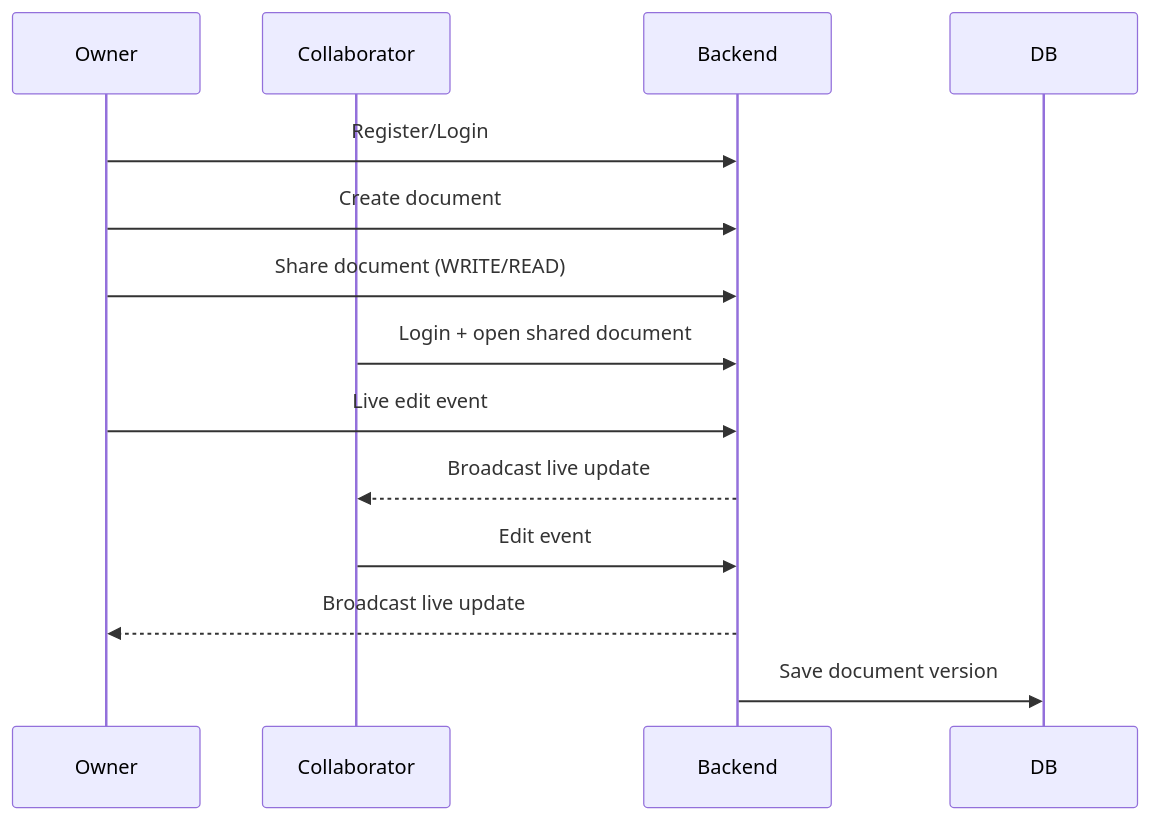
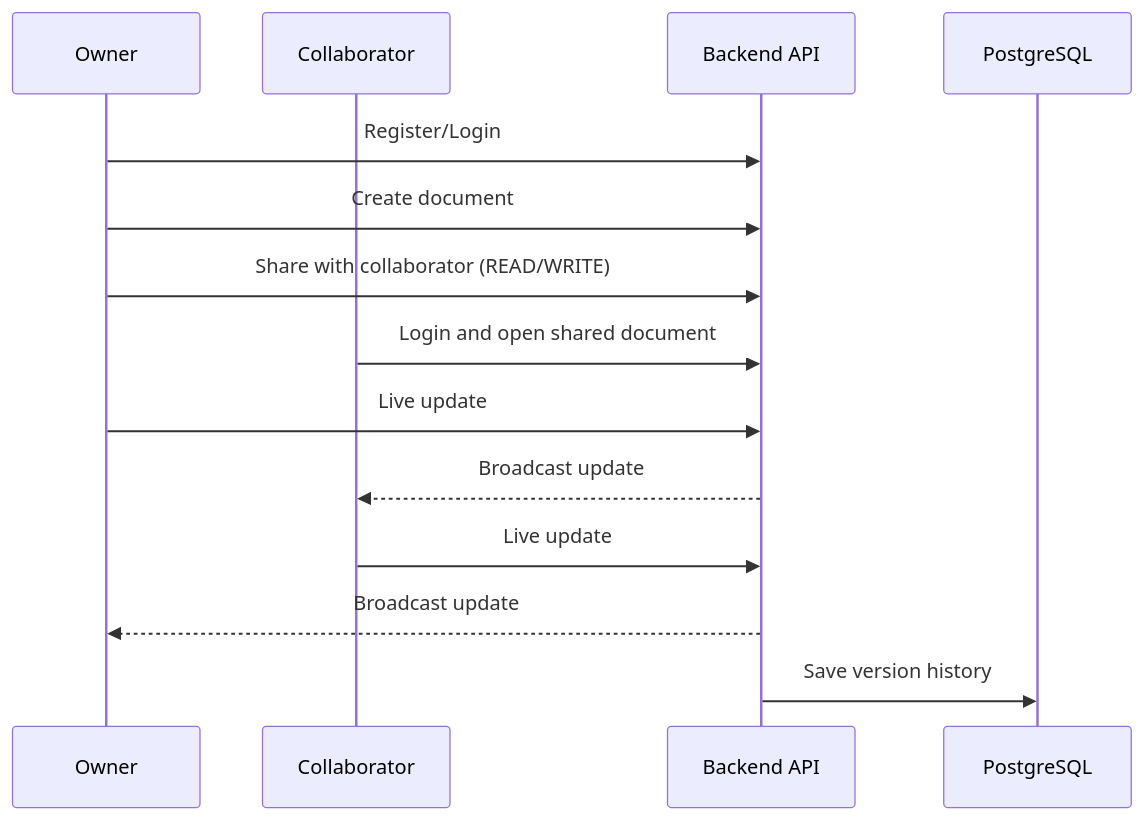
One commit to devsuthar-ai-ml/real-time-collaboration-platform changed the first of 2 diagrams in README.md. Above: the diagram before and after it, drawn with Mermaid. The commit also changed other lines of this file, not shown here.

````diff
--- a/README.md
+++ b/README.md
@@ -71,17 +98,17 @@
 ```mermaid
 sequenceDiagram
   participant Owner
   participant Collaborator
-  participant Backend
-  participant DB
+  participant API as Backend API
+  participant DB as PostgreSQL
 
-  Owner->>Backend: Register/Login
-  Owner->>Backend: Create document
-  Owner->>Backend: Share document (WRITE/READ)
-  Collaborator->>Backend: Login + open shared document
-  Owner->>Backend: Live edit event
-  Backend-->>Collaborator: Broadcast live update
-  Collaborator->>Backend: Edit event
-  Backend-->>Owner: Broadcast live update
-  Backend->>DB: Save document version
+  Owner->>API: Register/Login
+  Owner->>API: Create document
+  Owner->>API: Share with collaborator (READ/WRITE)
+  Collaborator->>API: Login and open shared document
+  Owner->>API: Live update
+  API-->>Collaborator: Broadcast update
+  Collaborator->>API: Live update
+  API-->>Owner: Broadcast update
+  API->>DB: Save version history
 ```
````
